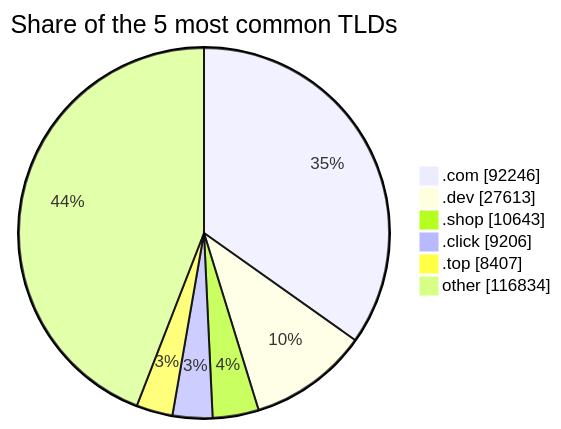
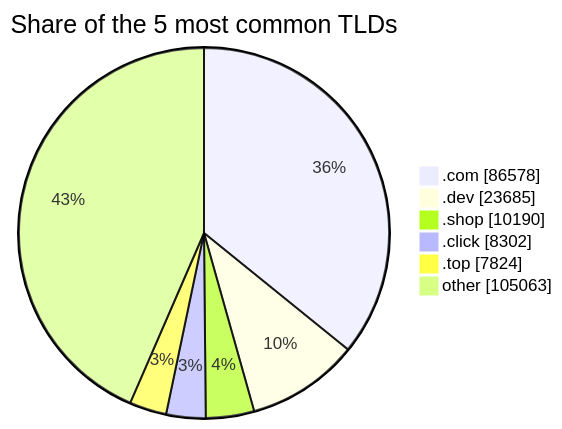
One commit to DNSBunker/CTI changed the third of 3 diagrams in README.md. Above: the diagram before and after it, drawn with Mermaid. The commit also changed other lines of this file and 3 other files, not shown here.

````diff
--- a/README.md
+++ b/README.md
@@ -81,9 +81,9 @@
 ```mermaid
 pie showData title Share of the 5 most common TLDs
-    ".com" : 92246
-    ".dev" : 27613
-    ".shop" : 10643
-    ".click" : 9206
-    ".top" : 8407
-    "other" : 116834
+    ".com" : 86578
+    ".dev" : 23685
+    ".shop" : 10190
+    ".click" : 8302
+    ".top" : 7824
+    "other" : 105063
 ```
````
